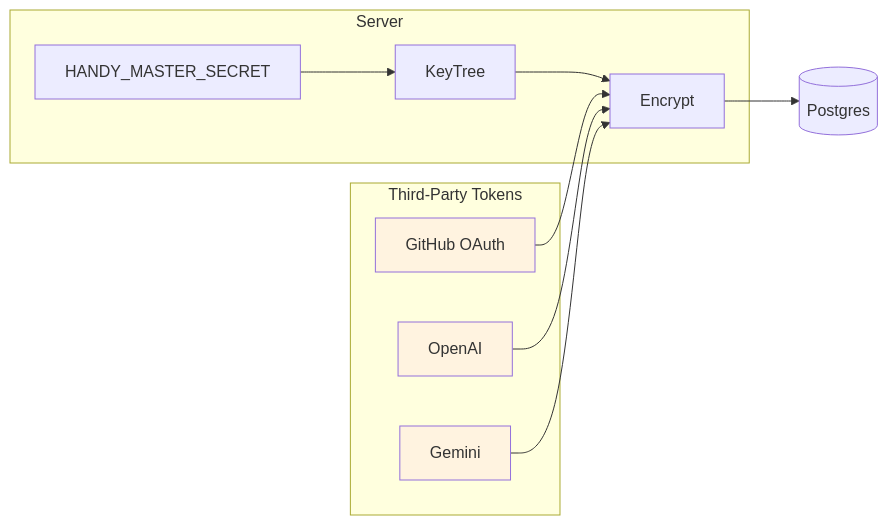
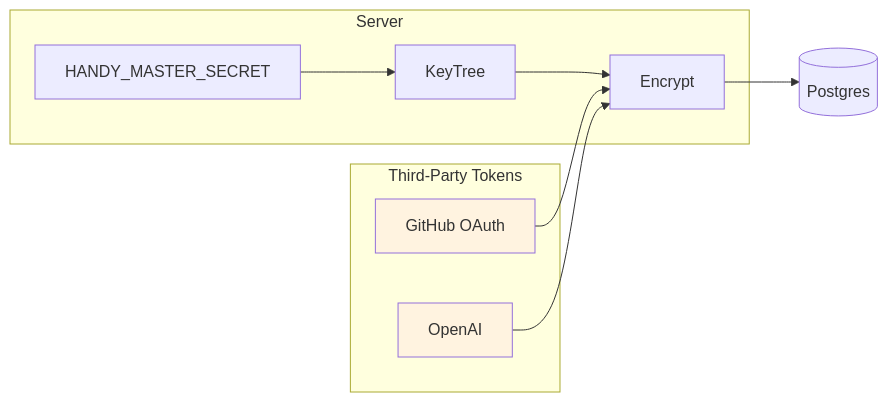
One commit to KNaiFen/happy changed diagram 11 of 12 in docs/encryption.md. Above: the diagram before and after it, drawn with Mermaid. The commit also changed other lines of this file and 30 other files, not shown here.

````diff
--- a/docs/encryption.md
+++ b/docs/encryption.md
@@ -487,23 +491,21 @@
 ```mermaid
 graph LR
     subgraph "Third-Party Tokens"
         GH[GitHub OAuth]
         OAI[OpenAI]
-        GEM[Gemini]
     end
 
     subgraph "Server"
         Secret[HANDY_MASTER_SECRET]
         KeyTree[KeyTree]
         Encrypt[Encrypt]
     end
 
     DB[(Postgres)]
 
     Secret --> KeyTree --> Encrypt
-    GH & OAI & GEM --> Encrypt --> DB
+    GH & OAI --> Encrypt --> DB
 
     style GH fill:#fff3e0
     style OAI fill:#fff3e0
-    style GEM fill:#fff3e0
 ```
````
